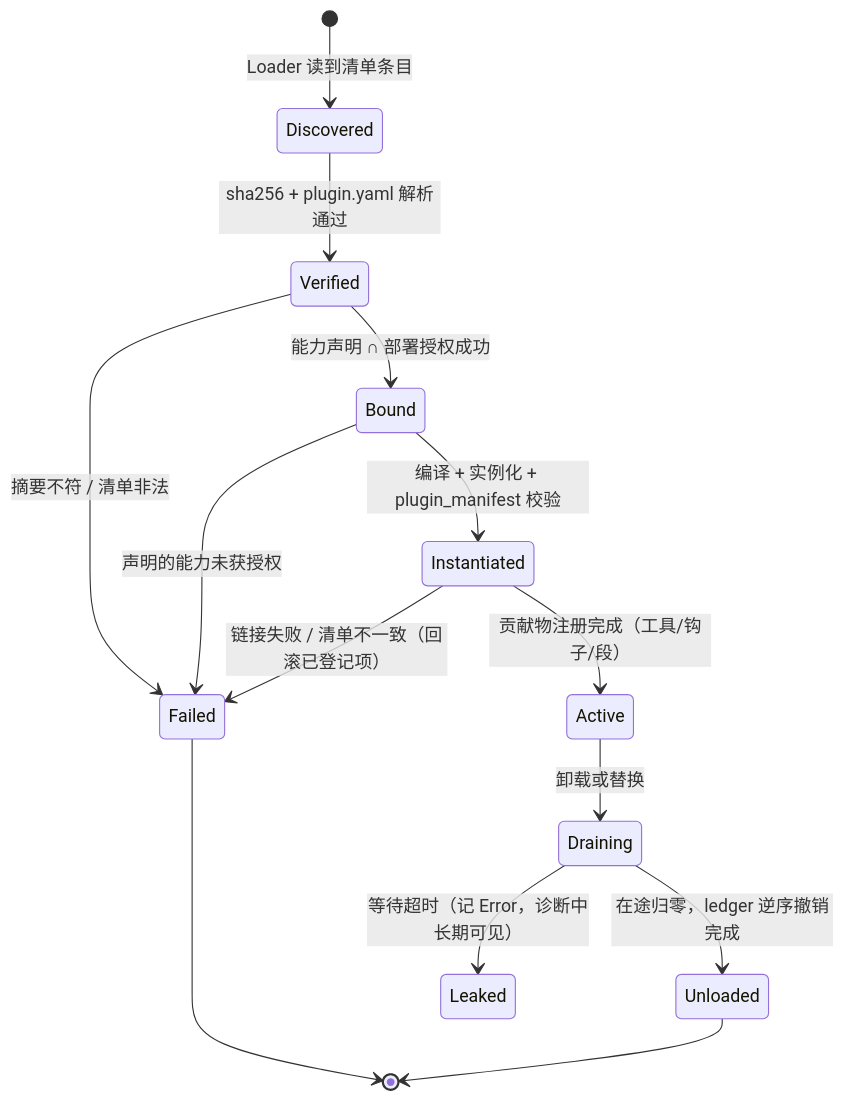
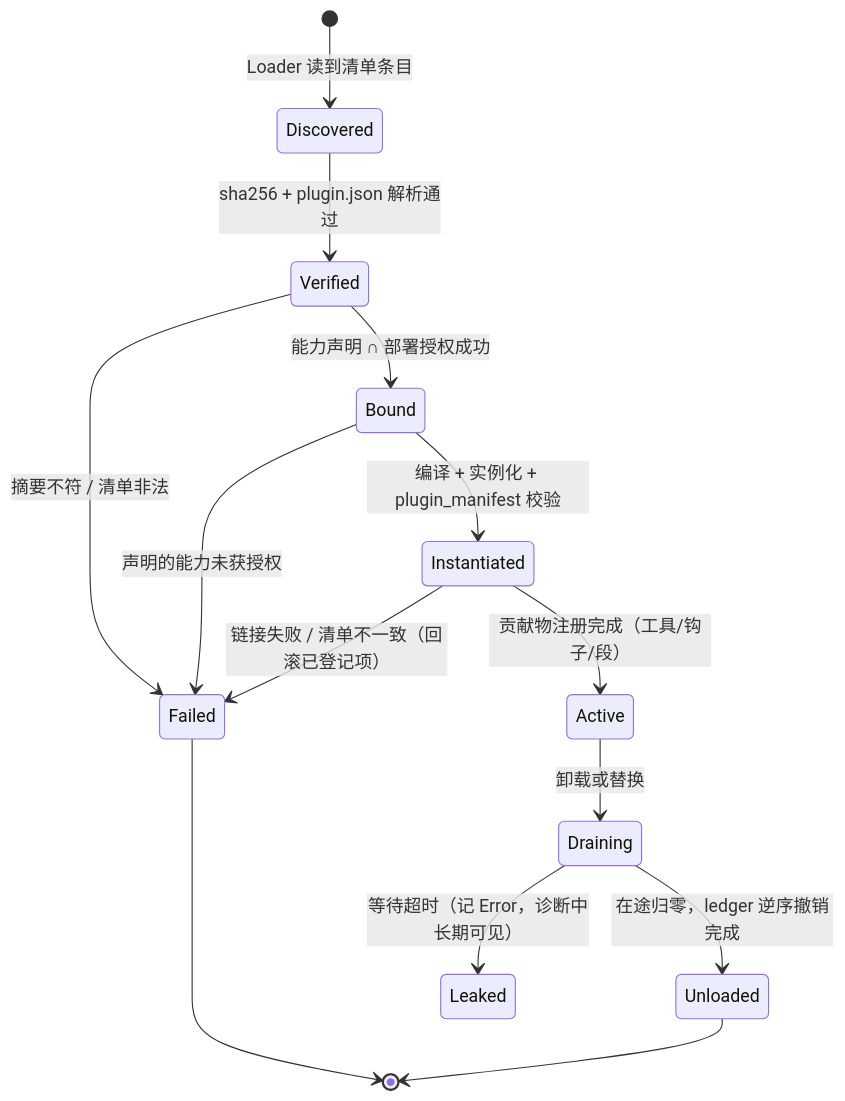
Before and after one commit to jxncyjq/stardust-agent-docs: the second of 2 diagrams in design/architecture/legion-plugin-system.md, drawn with Mermaid. The commit also changed other lines of this file, not shown here.

First line of the commit message:
docs(plugin): state the manifests as JSON and split P2 into A4a and A4b

````diff
--- a/design/architecture/legion-plugin-system.md
+++ b/design/architecture/legion-plugin-system.md
@@ -497,16 +524,16 @@
 ```mermaid
 stateDiagram-v2
     [*] --> Discovered: Loader 读到清单条目
-    Discovered --> Verified: sha256 + plugin.yaml 解析通过
+    Discovered --> Verified: sha256 + plugin.json 解析通过
     Verified --> Failed: 摘要不符 / 清单非法
     Verified --> Bound: 能力声明 ∩ 部署授权成功
     Bound --> Failed: 声明的能力未获授权
     Bound --> Instantiated: 编译 + 实例化 + plugin_manifest 校验
     Instantiated --> Failed: 链接失败 / 清单不一致（回滚已登记项）
     Instantiated --> Active: 贡献物注册完成（工具/钩子/段）
     Active --> Draining: 卸载或替换
     Draining --> Unloaded: 在途归零，ledger 逆序撤销完成
     Draining --> Leaked: 等待超时（记 Error，诊断中长期可见）
     Failed --> [*]
     Unloaded --> [*]
 ```
````
